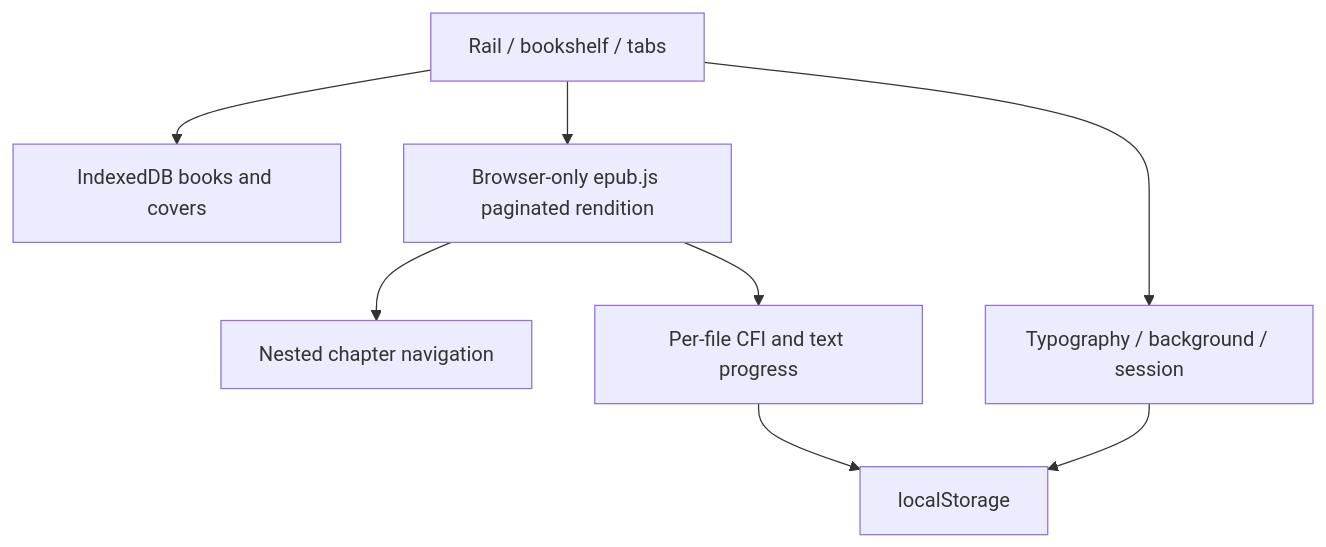
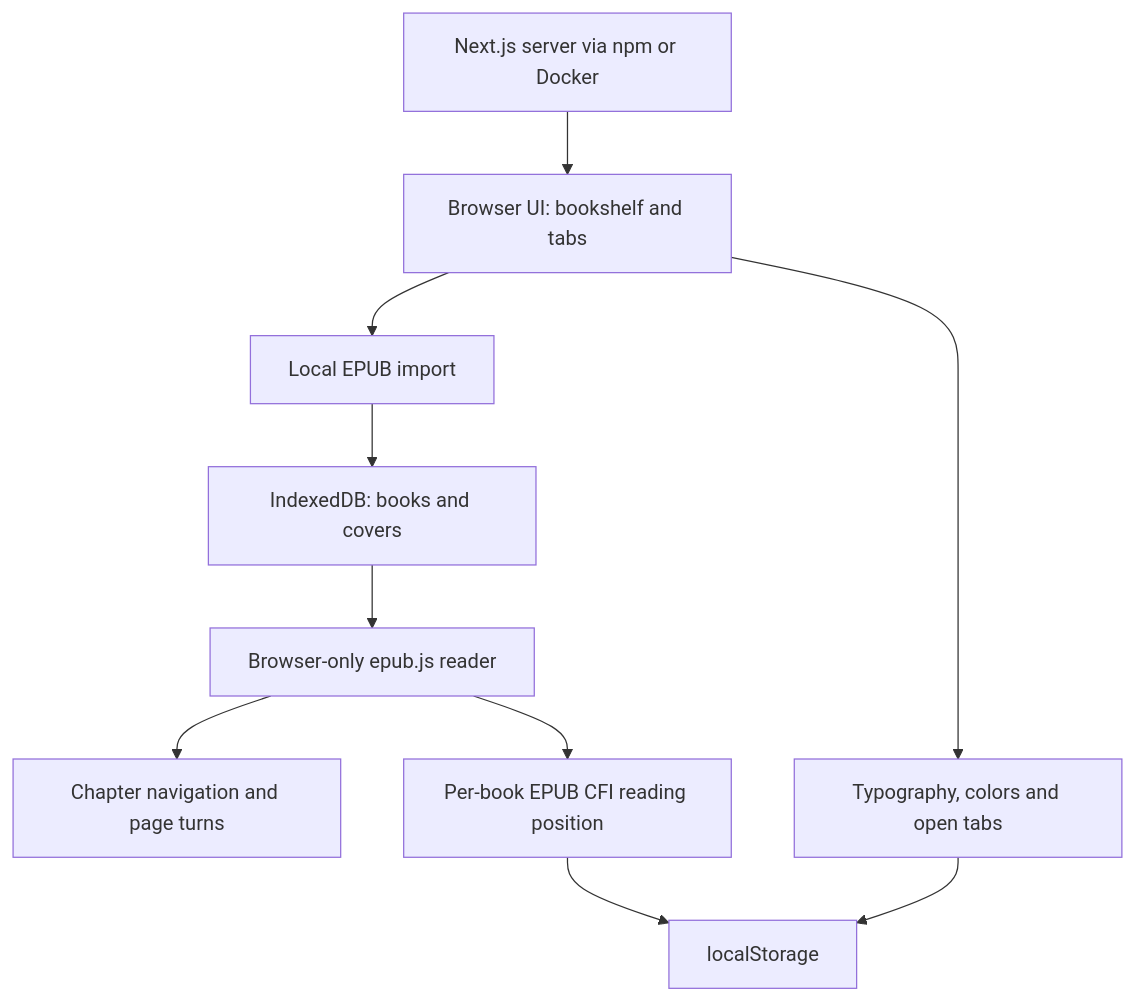
One commit to chenkai23/Pinnacle_Demo changed the diagram in README.md. Above: the diagram before and after it, drawn with Mermaid. The commit also changed other lines of this file and 4 other files, not shown here.

````diff
--- a/README.md
+++ b/README.md
@@ -86,10 +60,12 @@
 ```mermaid
 flowchart TD
-    Shell[Rail / bookshelf / tabs] --> DB[IndexedDB books and covers]
-    Shell --> Reader[Browser-only epub.js paginated rendition]
-    Reader --> TOC[Nested chapter navigation]
-    Reader --> Progress[Per-file CFI and text progress]
-    Progress --> Local[localStorage]
-    Shell --> Settings[Typography / background / session]
+    Server[Next.js server via npm or Docker] --> Browser[Browser UI: bookshelf and tabs]
+    Browser --> Import[Local EPUB import]
+    Import --> Books[IndexedDB: books and covers]
+    Books --> Reader[Browser-only epub.js reader]
+    Reader --> Navigation[Chapter navigation and page turns]
+    Reader --> Position[Per-book EPUB CFI reading position]
+    Position --> Local[localStorage]
+    Browser --> Settings[Typography, colors and open tabs]
     Settings --> Local
 ```
````
